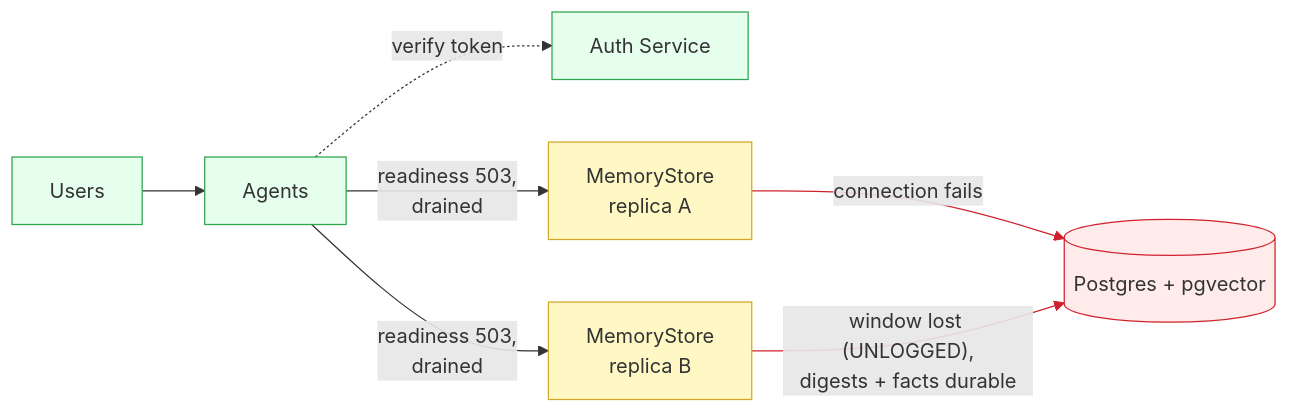
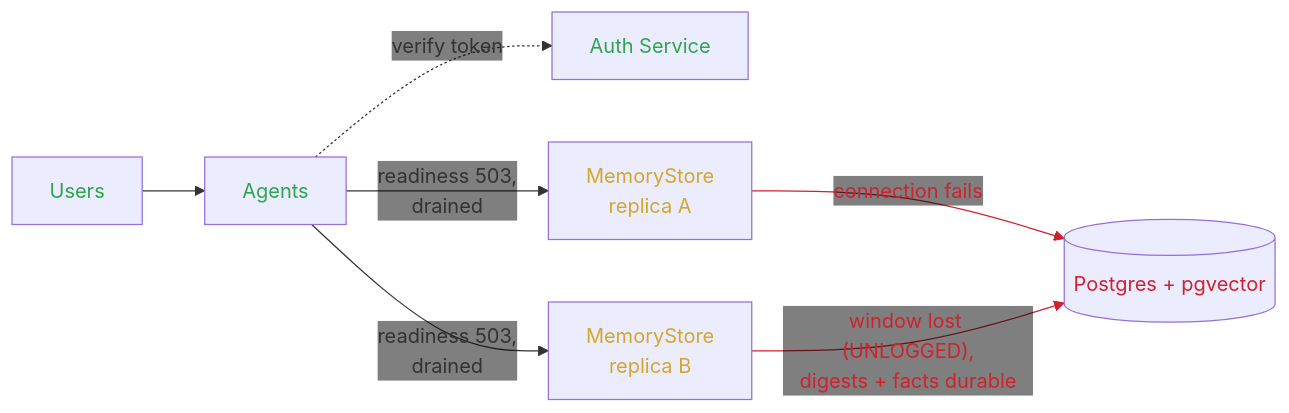
The sixth of 8 diagrams in memory/blog/BLOGPOST_DRAFT_PART_3.md (axsaucedo/kaos-adrs), drawn with Mermaid before and after one commit. The commit also changed other lines of this file, not shown here.

First line of the commit message:
blog(part3): failure diagrams mark state by text colour and drop edge-label boxes

````diff
--- a/memory/blog/BLOGPOST_DRAFT_PART_3.md
+++ b/memory/blog/BLOGPOST_DRAFT_PART_3.md
@@ -284,16 +286,17 @@
 ```mermaid
+%%{init: {"themeVariables": {"edgeLabelBackground": "transparent"}}}%%
 flowchart LR
   U["Users"] --> A["Agents"]
   A -.->|"verify token"| AS["Auth Service"]
   A -->|"readiness 503,<br/>drained"| R1["MemoryStore<br/>replica A"]
   A -->|"readiness 503,<br/>drained"| R2["MemoryStore<br/>replica B"]
   R1 -->|"connection fails"| PG[("Postgres + pgvector")]
   R2 -->|"window lost (UNLOGGED),<br/>digests + facts durable"| PG
-  classDef down fill:#ffebe9,stroke:#cf222e;
-  classDef warn fill:#fff8c5,stroke:#d4a72c;
-  classDef ok fill:#e6ffed,stroke:#2da44e;
+  classDef down color:#cf222e;
+  classDef warn color:#d4a72c;
+  classDef ok color:#2da44e;
   class PG down;
   class R1,R2 warn;
   class U,AS,A ok;
-  linkStyle 4,5 stroke:#cf222e
+  linkStyle 4,5 stroke:#cf222e,color:#cf222e
 ```
````
